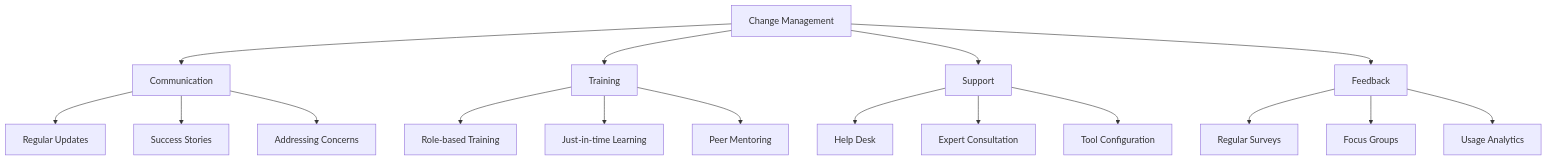
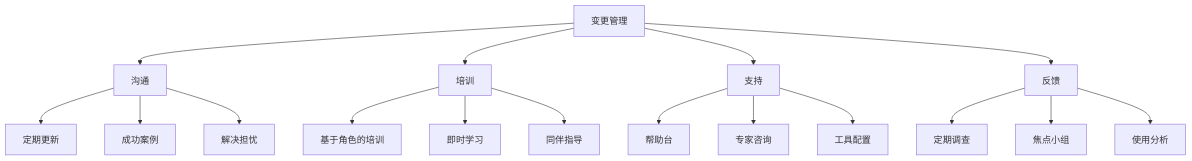
One commit to a-sdm/asdm-official-website changed the second of 2 diagrams in public/blogs/zh-cn/content/20241220/implementation-guide.md. Above: the diagram before and after it, drawn with Mermaid. The commit also changed other lines of this file and 8 other files, not shown here.

````diff
--- a/public/blogs/zh-cn/content/20241220/implementation-guide.md
+++ b/public/blogs/zh-cn/content/20241220/implementation-guide.md
@@ -367,23 +367,23 @@
 ```mermaid
 graph TD
-    A[Change Management] --> B[Communication]
-    A --> C[Training]
-    A --> D[Support]
-    A --> E[Feedback]
+    A[变更管理] --> B[沟通]
+    A --> C[培训]
+    A --> D[支持]
+    A --> E[反馈]
     
-    B --> B1[Regular Updates]
-    B --> B2[Success Stories]
-    B --> B3[Addressing Concerns]
+    B --> B1[定期更新]
+    B --> B2[成功案例]
+    B --> B3[解决担忧]
     
-    C --> C1[Role-based Training]
-    C --> C2[Just-in-time Learning]
-    C --> C3[Peer Mentoring]
+    C --> C1[基于角色的培训]
+    C --> C2[即时学习]
+    C --> C3[同伴指导]
     
-    D --> D1[Help Desk]
-    D --> D2[Expert Consultation]
-    D --> D3[Tool Configuration]
+    D --> D1[帮助台]
+    D --> D2[专家咨询]
+    D --> D3[工具配置]
     
-    E --> E1[Regular Surveys]
-    E --> E2[Focus Groups]
-    E --> E3[Usage Analytics]
+    E --> E1[定期调查]
+    E --> E2[焦点小组]
+    E --> E3[使用分析]
 ```
````
